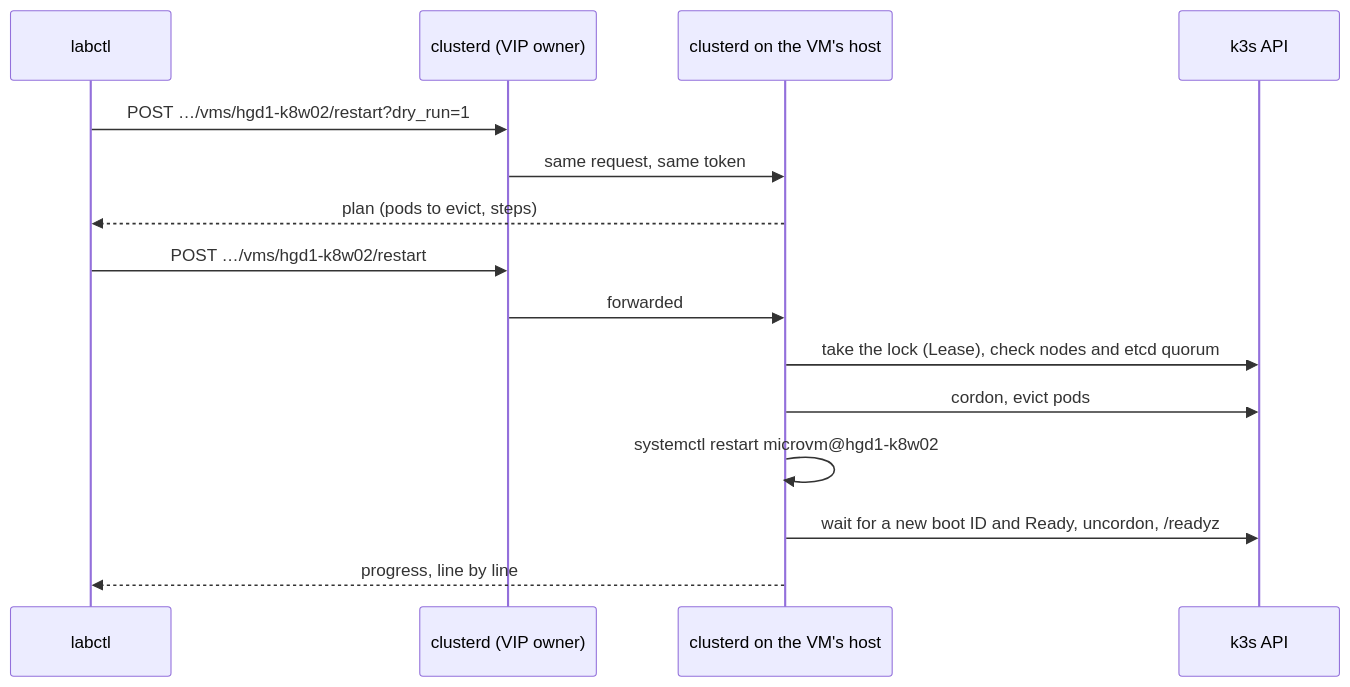
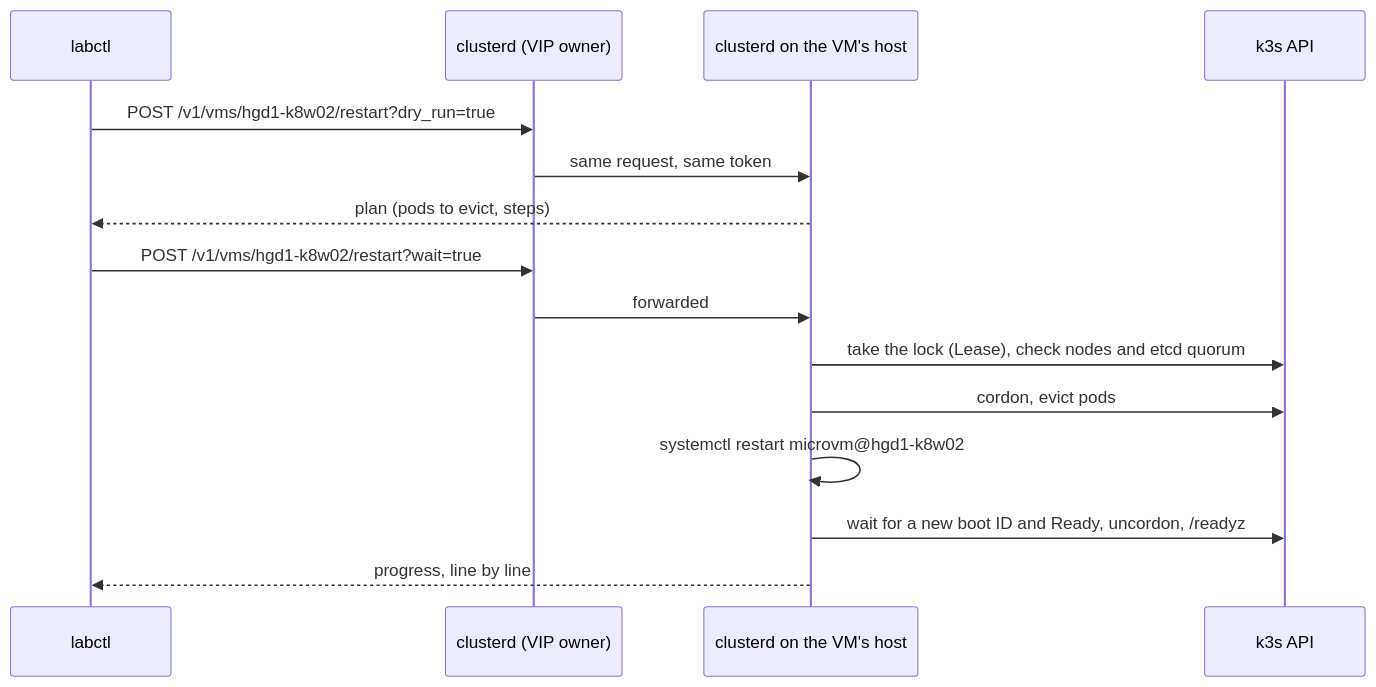
The second of 2 diagrams in docs/concepts/api.md (jurrebuunk/nix-cluster), drawn with Mermaid before and after one commit. The commit also changed other lines of this file and 26 other files, not shown here.

````diff
--- a/docs/concepts/api.md
+++ b/docs/concepts/api.md
@@ -137,17 +147,17 @@
 ```mermaid
 sequenceDiagram
   participant cli as labctl
   participant a as clusterd (VIP owner)
   participant h as clusterd on the VM's host
   participant k as k3s API
-  cli->>a: POST …/vms/hgd1-k8w02/restart?dry_run=1
+  cli->>a: POST /v1/vms/hgd1-k8w02/restart?dry_run=true
   a->>h: same request, same token
   h-->>cli: plan (pods to evict, steps)
-  cli->>a: POST …/vms/hgd1-k8w02/restart
+  cli->>a: POST /v1/vms/hgd1-k8w02/restart?wait=true
   a->>h: forwarded
   h->>k: take the lock (Lease), check nodes and etcd quorum
   h->>k: cordon, evict pods
   h->>h: systemctl restart microvm@hgd1-k8w02
   h->>k: wait for a new boot ID and Ready, uncordon, /readyz
   h-->>cli: progress, line by line
 ```
````
